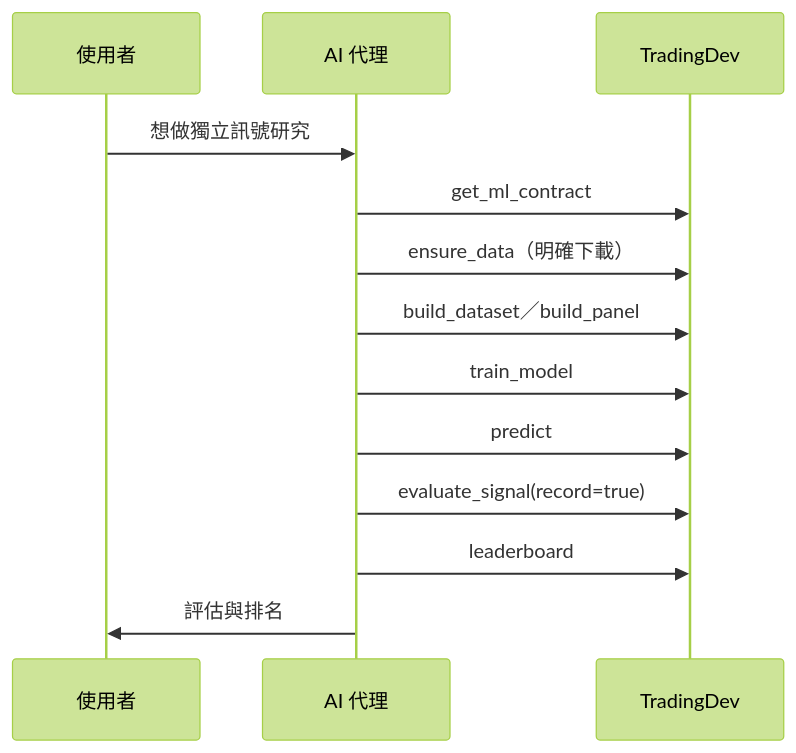
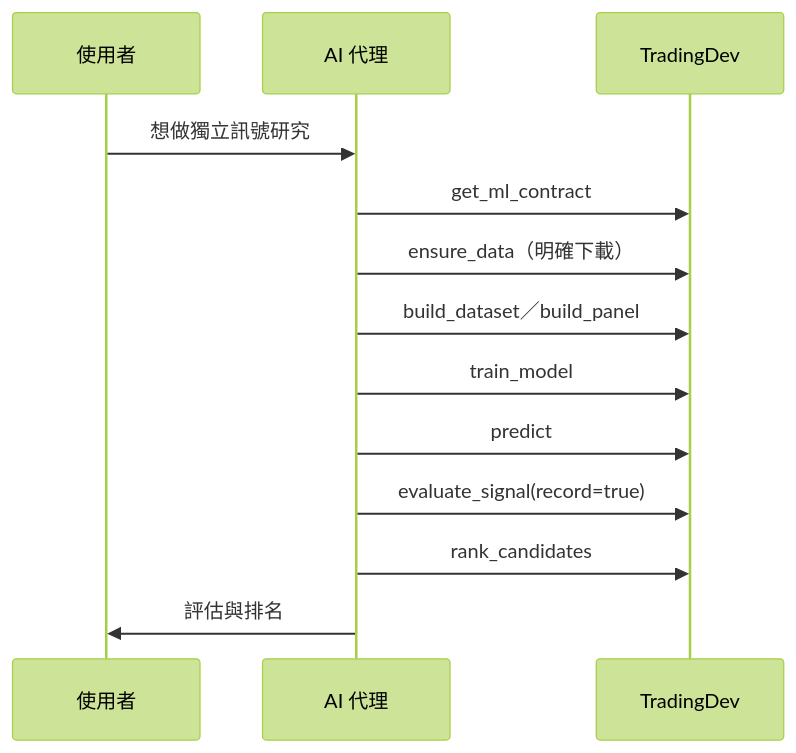
Before and after one commit to Kuan-Lun/tradingdev: the ninth of 9 diagrams in docs/talks/tradingdev-introduction/slides.md, drawn with Mermaid (forest theme). The commit also changed other lines of this file and 25 other files, not shown here.

Commit message:
refactor(mcp)!: rename leaderboard to rank_candidates with explicit sources

````diff
--- a/docs/talks/tradingdev-introduction/slides.md
+++ b/docs/talks/tradingdev-introduction/slides.md
@@ -959,16 +959,16 @@
 ```mermaid
 sequenceDiagram
     accTitle: UC-04 獨立 ML 訊號研究
     participant U as 使用者
     participant A as AI 代理
     participant T as TradingDev
     U->>A: 想做獨立訊號研究
     A->>T: get_ml_contract
     A->>T: ensure_data（明確下載）
     A->>T: build_dataset／build_panel
     A->>T: train_model
     A->>T: predict
     A->>T: evaluate_signal(record=true)
-    A->>T: leaderboard
+    A->>T: rank_candidates
     A->>U: 評估與排名
 ```
````
